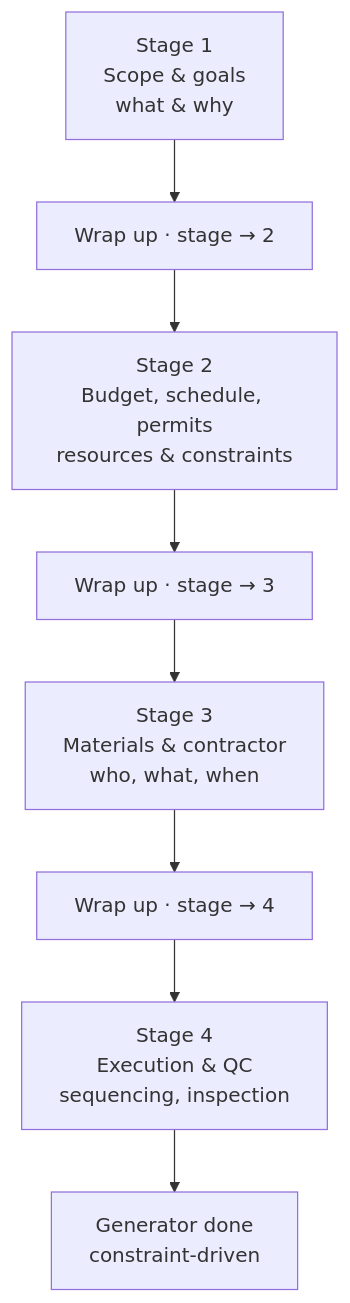
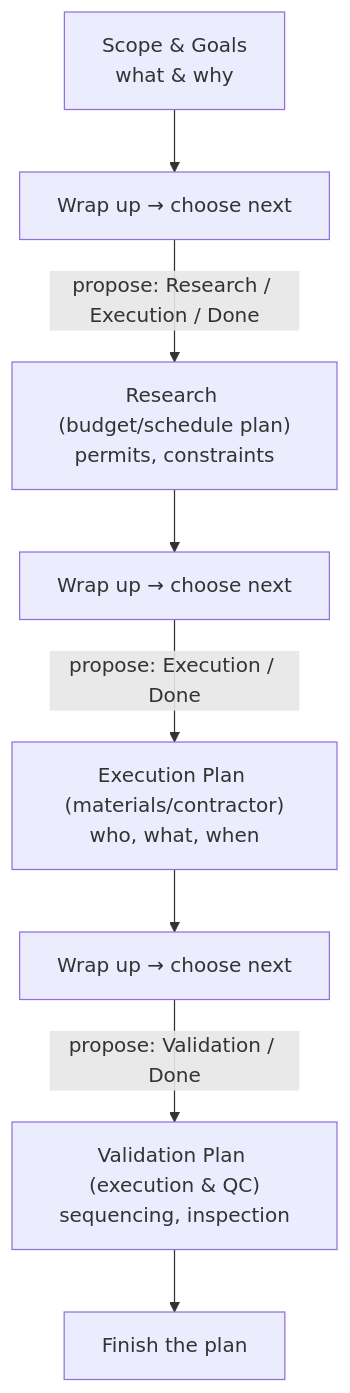
One commit to pforhan/alpha-thinker changed the third of 3 diagrams in PROJECT-FLOWS.md. Above: the diagram before and after it, drawn with Mermaid. The commit also changed other lines of this file and 3 other files, not shown here.

````diff
--- a/PROJECT-FLOWS.md
+++ b/PROJECT-FLOWS.md
@@ -65,10 +119,10 @@
 ```mermaid
 flowchart TD
-  H1["Stage 1<br/>Scope & goals<br/>what & why"] --> HW1["Wrap up · stage → 2"]
-  HW1 --> H2["Stage 2<br/>Budget, schedule, permits<br/>resources & constraints"]
-  H2 --> HW2["Wrap up · stage → 3"]
-  HW2 --> H3["Stage 3<br/>Materials & contractor<br/>who, what, when"]
-  H3 --> HW3["Wrap up · stage → 4"]
-  HW3 --> H4["Stage 4<br/>Execution & QC<br/>sequencing, inspection"]
-  H4 --> HEND["Generator done<br/>constraint-driven"]
+  H1["Scope & Goals<br/>what & why"] --> HW1["Wrap up → choose next"]
+  HW1 -->|"propose: Research / Execution / Done"| H2["Research (budget/schedule plan)<br/>permits, constraints"]
+  H2 --> HW2["Wrap up → choose next"]
+  HW2 -->|"propose: Execution / Done"| H3["Execution Plan (materials/contractor)<br/>who, what, when"]
+  H3 --> HW3["Wrap up → choose next"]
+  HW3 -->|"propose: Validation / Done"| H4["Validation Plan (execution & QC)<br/>sequencing, inspection"]
+  H4 --> HE["Finish the plan"]
 ```
````
